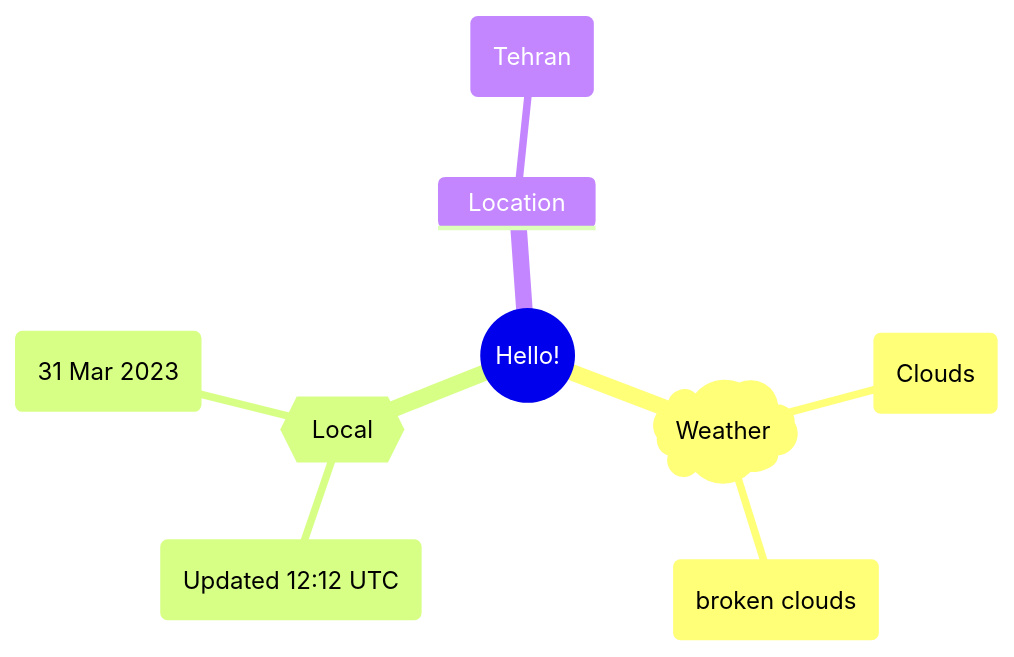
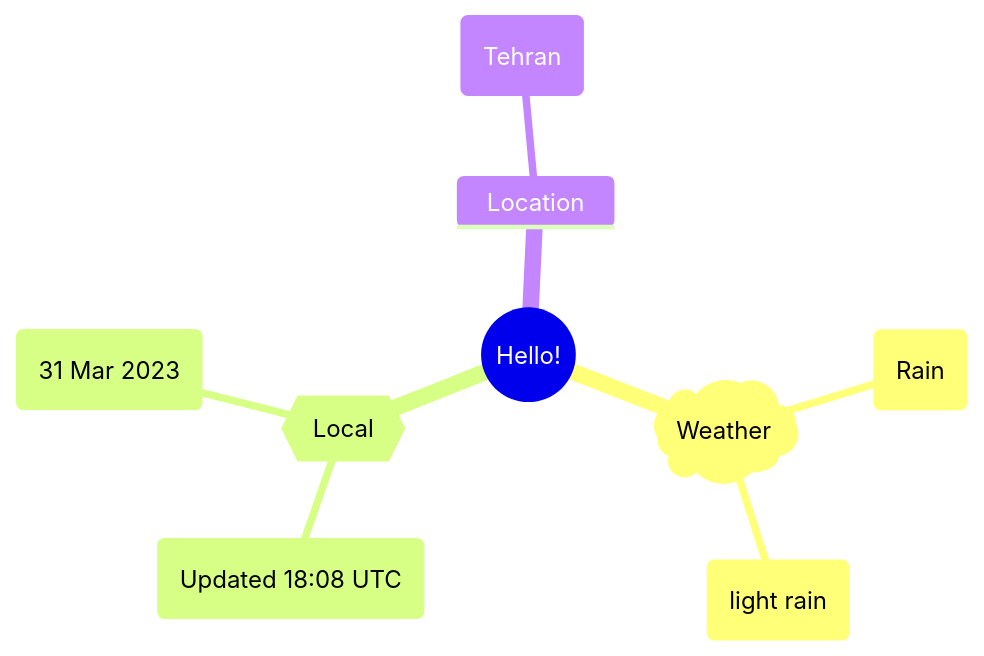
The first of 2 diagrams in README.md (Xosrov/Xosrov), drawn with Mermaid before and after one commit.

Commit message:
[bot] updated images

````diff
--- a/README.md
+++ b/README.md
@@ -3,12 +3,12 @@
 ```mermaid
 mindmap
   root((Hello!))
     )Weather(
-        (Clouds)
-        (broken clouds)
+        (Rain)
+        (light rain)
     {{Local}}
-        (Updated 12:12 UTC)
+        (Updated 18:08 UTC)
         (31 Mar 2023)
     Location
         (Tehran)
 ```
````
